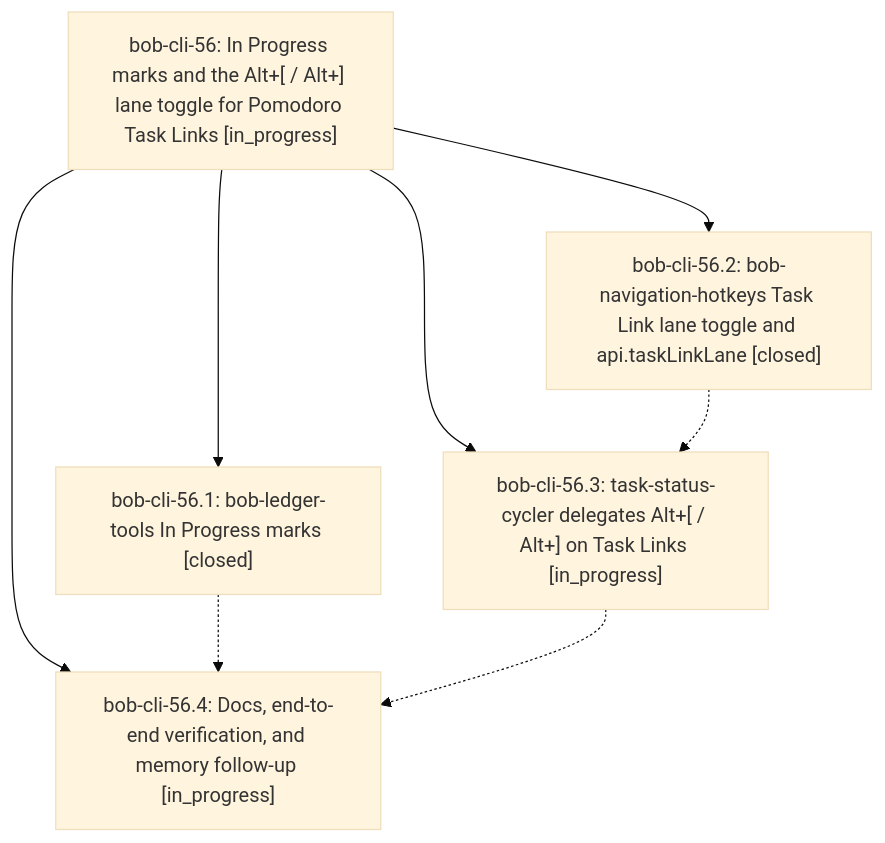
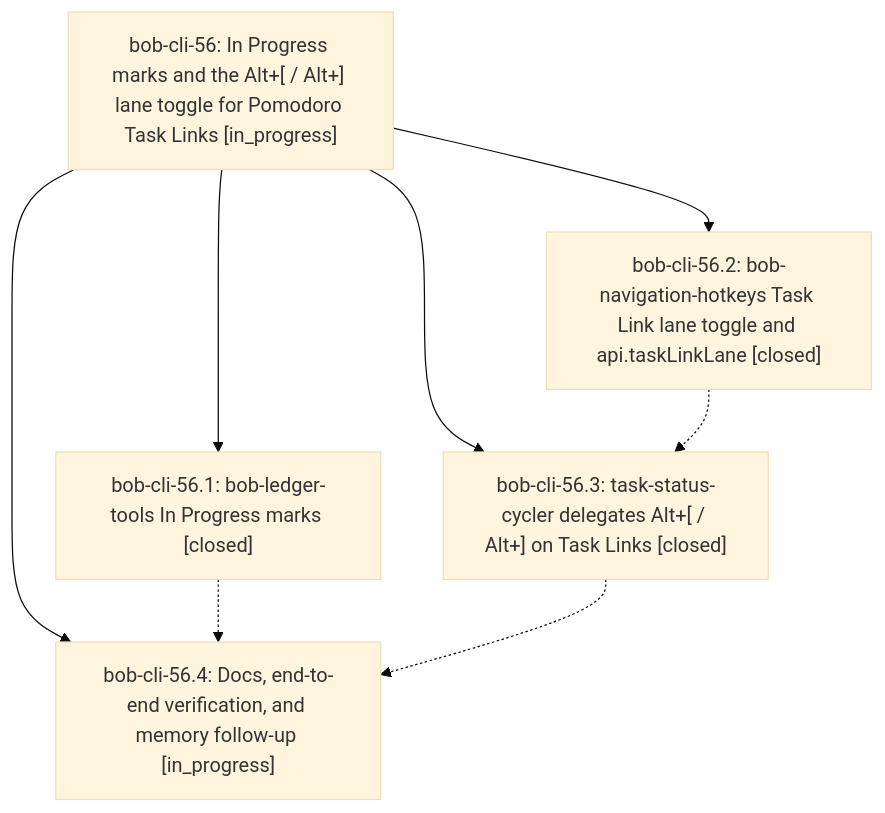
Before and after one commit to bobs-org/bob-cli--beads: the diagram in pages/bob-cli-56/README.md, drawn with Mermaid (base theme). The commit also changed other lines of this file and 3 other files, not shown here.

First line of the commit message:
chore(beads): sync bead state and pages for bob-cli-56

````diff
--- a/pages/bob-cli-56/README.md
+++ b/pages/bob-cli-56/README.md
@@ -25,15 +25,15 @@
 ```mermaid
 flowchart TD
     n0["bob-cli-56: In Progress marks and the Alt+[ / Alt+] lane toggle for Pomodoro Task Links [in_progress]"]
     n1["bob-cli-56.1: bob-ledger-tools In Progress marks [closed]"]
     n2["bob-cli-56.2: bob-navigation-hotkeys Task Link lane toggle and api.taskLinkLane [closed]"]
-    n3["bob-cli-56.3: task-status-cycler delegates Alt+[ / Alt+] on Task Links [in_progress]"]
+    n3["bob-cli-56.3: task-status-cycler delegates Alt+[ / Alt+] on Task Links [closed]"]
     n4["bob-cli-56.4: Docs, end-to-end verification, and memory follow-up [in_progress]"]
     n0 --> n1
     n0 --> n2
     n0 --> n3
     n0 --> n4
     n1 -.-> n4
     n2 -.-> n3
     n3 -.-> n4
 ```
````
